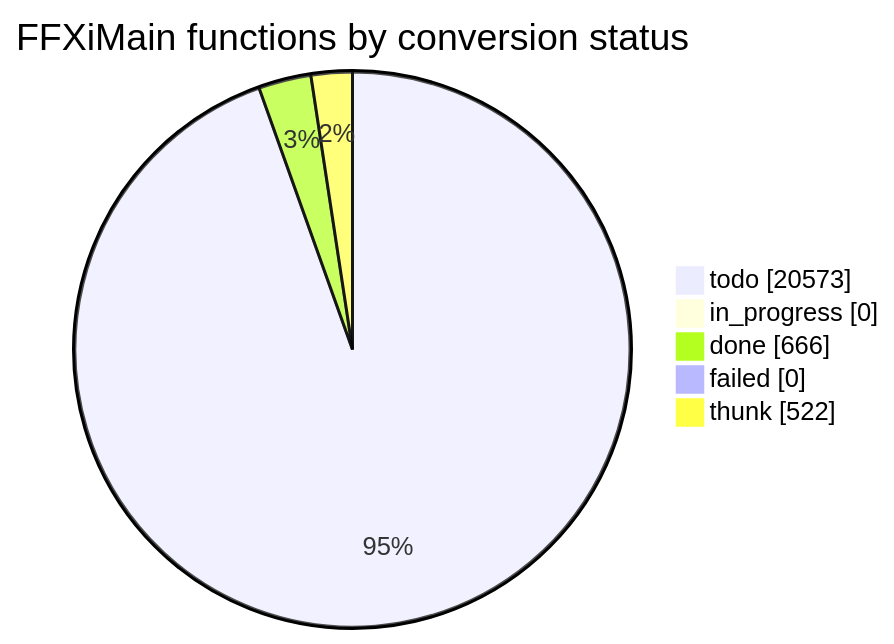
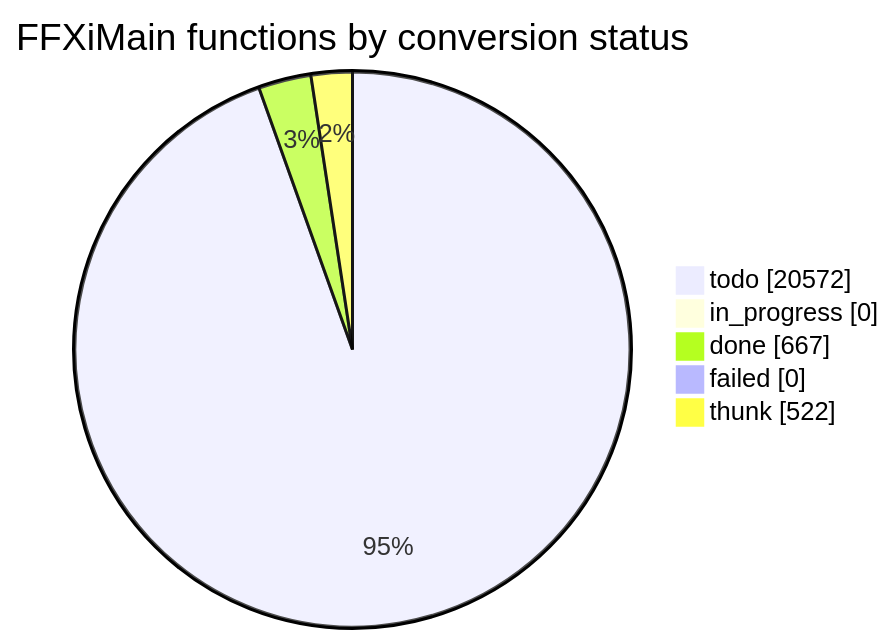
Before and after one commit to cowrevenge/cow_kuluu_xi_anything: the diagram in docs/cow/STATUS.md, drawn with Mermaid. The commit also changed other lines of this file and 9 other files, not shown here.

````diff
--- a/docs/cow/STATUS.md
+++ b/docs/cow/STATUS.md
@@ -18,9 +18,9 @@
 ```mermaid
 pie showData
     title FFXiMain functions by conversion status
-    "todo" : 20573
+    "todo" : 20572
     "in_progress" : 0
-    "done" : 666
+    "done" : 667
     "failed" : 0
     "thunk" : 522
 ```
````
